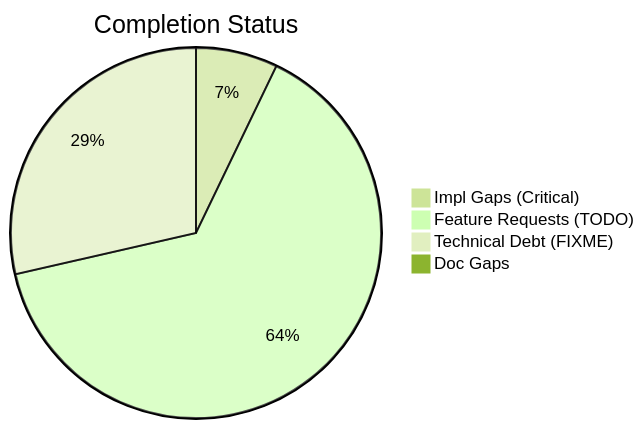
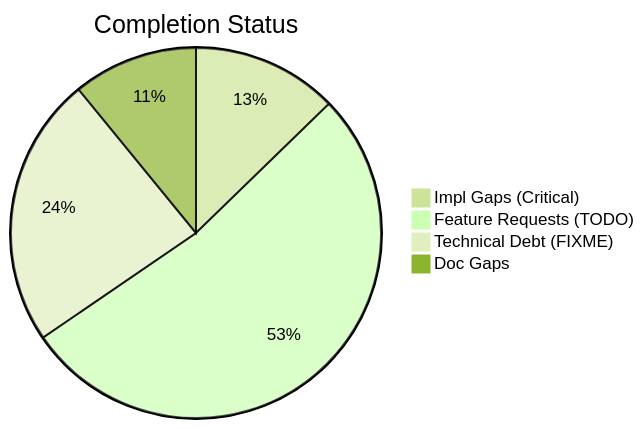
One commit to D-sorganization/Tools changed the first of 2 diagrams in docs/assessments/completist/COMPLETIST_LATEST.md. Above: the diagram before and after it, drawn with Mermaid (forest theme). The commit also changed other lines of this file and 23 other files, not shown here.

````diff
--- a/docs/assessments/completist/COMPLETIST_LATEST.md
+++ b/docs/assessments/completist/COMPLETIST_LATEST.md
@@ -11,7 +11,7 @@
 ```mermaid
 pie title Completion Status
-    "Impl Gaps (Critical)" : 3
-    "Feature Requests (TODO)" : 27
-    "Technical Debt (FIXME)" : 12
-    "Doc Gaps" : 0
+    "Impl Gaps (Critical)" : 7
+    "Feature Requests (TODO)" : 29
+    "Technical Debt (FIXME)" : 13
+    "Doc Gaps" : 6
 ```
````
